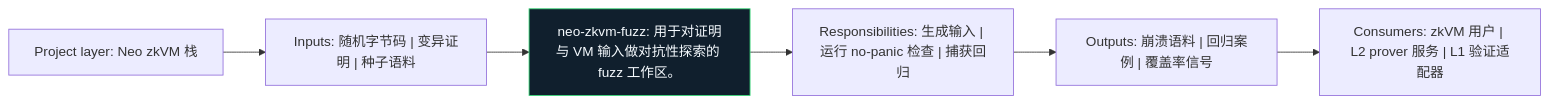
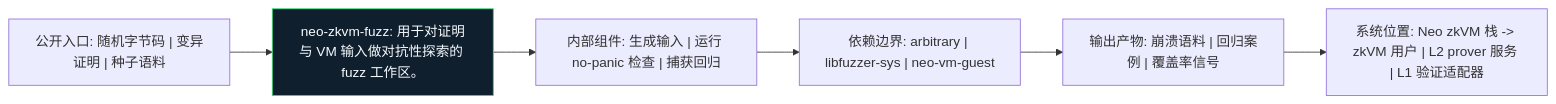
One commit to r3e-network/neo-zkvm changed the diagram in fuzz/docs/figures/architecture.zh.mmd. Above: the diagram before and after it, drawn with Mermaid. The commit also changed 97 other files, not shown here.

```diff
--- a/fuzz/docs/figures/architecture.zh.mmd
+++ b/fuzz/docs/figures/architecture.zh.mmd
@@ -1,14 +1,14 @@
 flowchart LR
-    N1["Project layer: Neo zkVM 栈"]
-    N2["Inputs: 随机字节码 | 变异证明 | 种子语料"]
-    N3["neo-zkvm-fuzz: 用于对证明与 VM 输入做对抗性探索的 fuzz 工作区。"]
-    N4["Responsibilities: 生成输入 | 运行 no-panic 检查 | 捕获回归"]
-    N5["Outputs: 崩溃语料 | 回归案例 | 覆盖率信号"]
-    N6["Consumers: zkVM 用户 | L2 prover 服务 | L1 验证适配器"]
+    N1["公开入口: 随机字节码 | 变异证明 | 种子语料"]
+    N2["neo-zkvm-fuzz: 用于对证明与 VM 输入做对抗性探索的 fuzz 工作区。"]
+    N3["内部组件: 生成输入 | 运行 no-panic 检查 | 捕获回归"]
+    N4["依赖边界: arbitrary | libfuzzer-sys | neo-vm-guest"]
+    N5["输出产物: 崩溃语料 | 回归案例 | 覆盖率信号"]
+    N6["系统位置: Neo zkVM 栈 -> zkVM 用户 | L2 prover 服务 | L1 验证适配器"]
     N1 --> N2
     N2 --> N3
     N3 --> N4
     N4 --> N5
     N5 --> N6
     classDef crate fill:#101f2d,stroke:#38d978,color:#f6fbff
-    class N3 crate
+    class N2 crate
```
